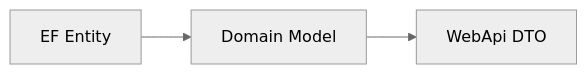
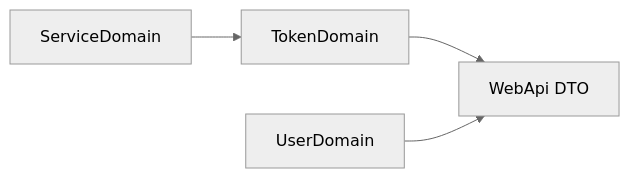
Before and after one commit to rexmax1018/B2B_API: the second of 2 diagrams in B2B.Domain/README.md, drawn with Mermaid (neutral theme). The commit also changed other lines of this file and 44 other files, not shown here.

````diff
--- a/B2B.Domain/README.md
+++ b/B2B.Domain/README.md
@@ -57,8 +52,10 @@
 ```mermaid
 flowchart LR
-    Entity["EF Entity"]
-    Domain["Domain Model"]
+    ServiceIdentity["ServiceDomain"]
+    User["UserDomain"]
+    Domain["TokenDomain"]
     Dto["WebApi DTO"]
 
-    Entity --> Domain --> Dto
+    ServiceIdentity --> Domain --> Dto
+    User --> Dto
 ```
````
